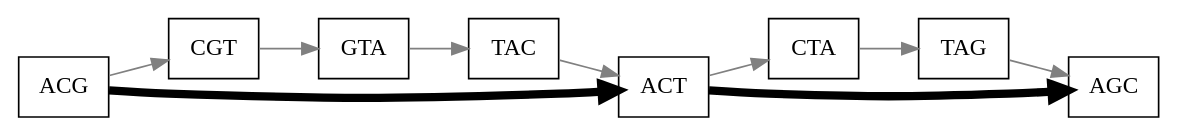
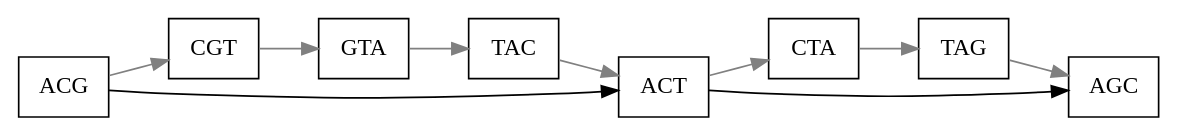
Before and after one commit to ablab/spades: the diagram in assembler/docs/abruijn/fig1.dot, drawn with Graphviz. The commit also changed 4 other files, not shown here.

```diff
--- a/assembler/docs/abruijn/fig1.dot
+++ b/assembler/docs/abruijn/fig1.dot
@@ -1,15 +1,15 @@
 digraph G 
 {
   rankdir=LR
   node [shape="box"]
 
   ACG->CGT[color=gray]
   CGT->GTA[color=gray]
   GTA->TAC[color=gray]
   TAC->ACT[color=gray]
   ACT->CTA[color=gray]
   CTA->TAG[color=gray]
   TAG->AGC[color=gray]
-  ACG->ACT[color=black,penwidth=5]
-  ACT->AGC[color=black,penwidth=5]
+  ACG->ACT[color=black]
+  ACT->AGC[color=black]
 }
```
